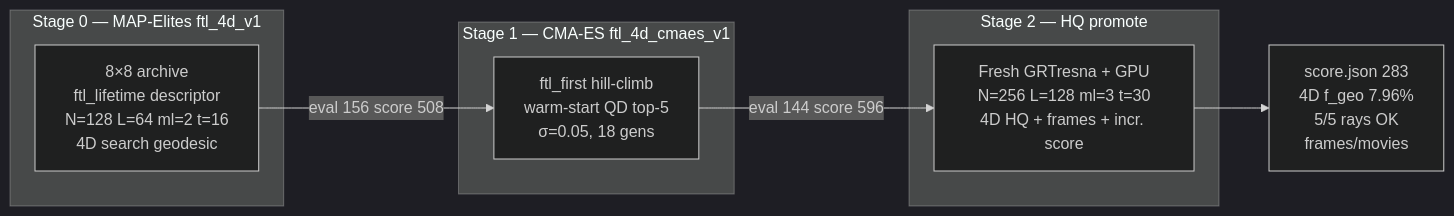
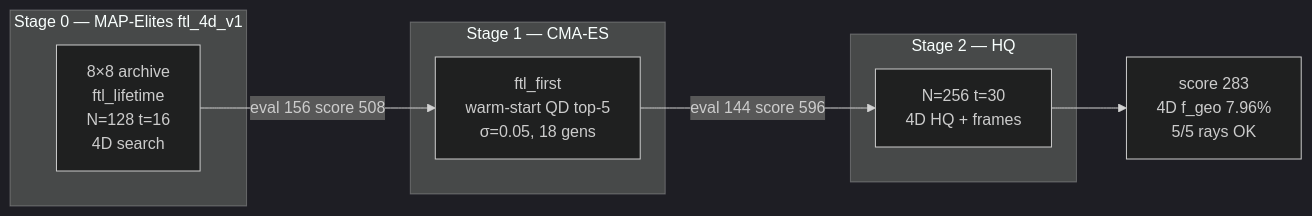
Before and after one commit to Nikchik-coder/GRTeclyn: the diagram in research/neuralspacetime/MapElites.md, drawn with Mermaid (dark theme). The commit also changed other lines of this file and 20 other files, not shown here.

````diff
--- a/research/neuralspacetime/MapElites.md
+++ b/research/neuralspacetime/MapElites.md
@@ -729,15 +458,15 @@
 ```mermaid
 flowchart LR
   subgraph s0 [Stage 0 — MAP-Elites ftl_4d_v1]
-    QD["8×8 archive\nftl_lifetime descriptor\nN=128 L=64 ml=2 t=16\n4D search geodesic"]
+    QD["8×8 archive\nftl_lifetime\nN=128 t=16\n4D search"]
   end
-  subgraph s1 [Stage 1 — CMA-ES ftl_4d_cmaes_v1]
-    CMA["ftl_first hill-climb\nwarm-start QD top-5\nσ=0.05, 18 gens"]
+  subgraph s1 [Stage 1 — CMA-ES]
+    CMA["ftl_first\nwarm-start QD top-5\nσ=0.05, 18 gens"]
   end
-  subgraph s2 [Stage 2 — HQ promote]
-    HQ["Fresh GRTresna + GPU\nN=256 L=128 ml=3 t=30\n4D HQ + frames + incr. score"]
+  subgraph s2 [Stage 2 — HQ]
+    HQ["N=256 t=30\n4D HQ + frames"]
   end
   QD -->|"eval 156 score 508"| CMA
   CMA -->|"eval 144 score 596"| HQ
-  HQ --> OUT["score.json 283\n4D f_geo 7.96%\n5/5 rays OK\nframes/movies"]
+  HQ --> OUT["score 283\n4D f_geo 7.96%\n5/5 rays OK"]
 ```
````
